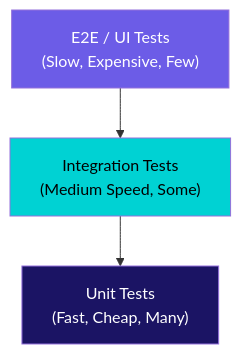
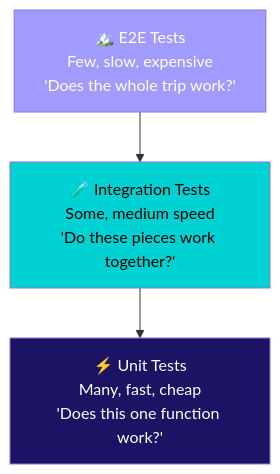
One commit to JonPeterP/Mobile-Dev changed the fifth of 7 diagrams in slides.md. Above: the diagram before and after it, drawn with Mermaid. The commit also changed other lines of this file and 3 other files, not shown here.

````diff
--- a/slides.md
+++ b/slides.md
@@ -837,9 +519,9 @@
-```mermaid {scale: 0.6}
+```mermaid {scale: 0.7}
 graph TB
-    A["E2E / UI Tests<br/>(Slow, Expensive, Few)"] --> B["Integration Tests<br/>(Medium Speed, Some)"]
-    B --> C["Unit Tests<br/>(Fast, Cheap, Many)"]
+    A["🏔️ E2E Tests<br/>Few, slow, expensive<br/>'Does the whole trip work?'"] --> B["🧪 Integration Tests<br/>Some, medium speed<br/>'Do these pieces work together?'"]
+    B --> C["⚡ Unit Tests<br/>Many, fast, cheap<br/>'Does this one function work?'"]
 
-    style A fill:#6C5CE7,color:#fff
+    style A fill:#A29BFE,color:#fff
     style B fill:#00D2D3,color:#000
     style C fill:#1B1464,color:#fff
 ```
````
